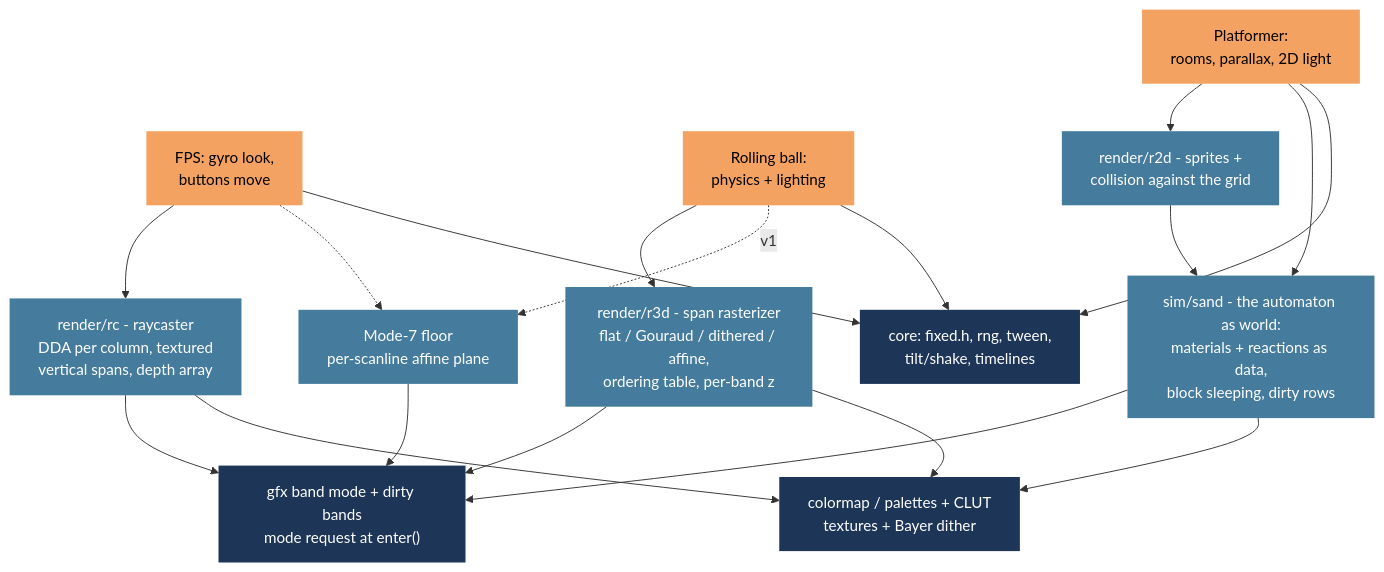
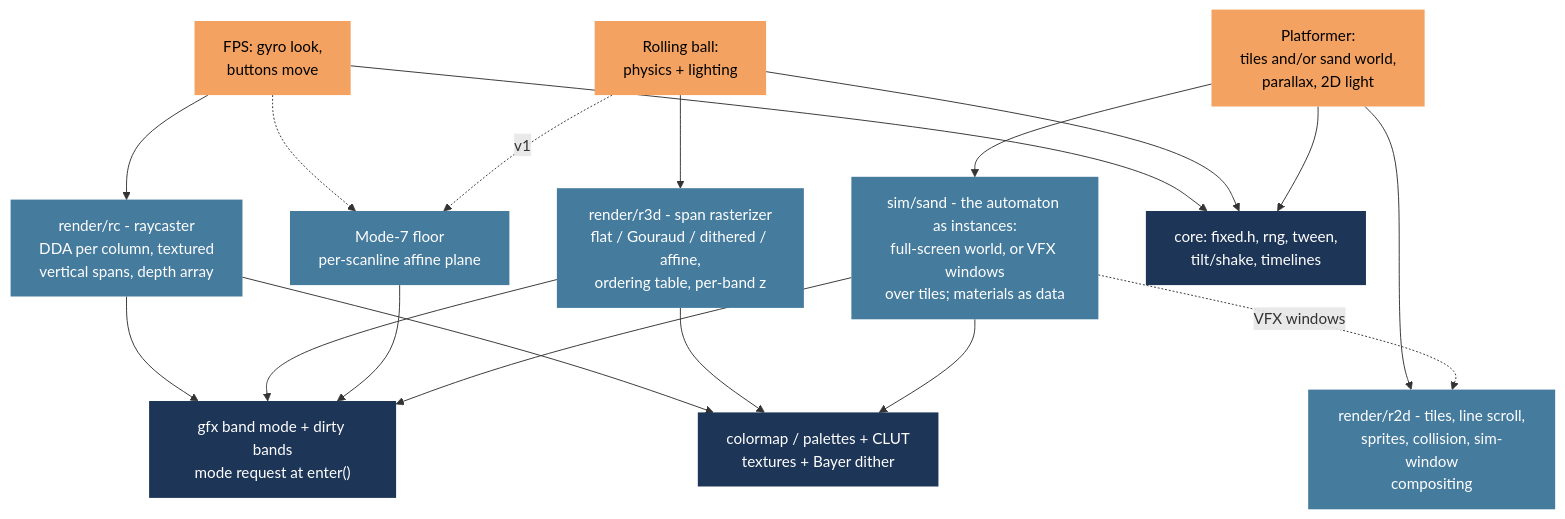
The second of 2 diagrams in docs/Autana-Rendering-Roadmap.md (jose-villegas/esp32-c6-dev), drawn with Mermaid before and after one commit. The commit also changed other lines of this file, not shown here.

First line of the commit message:
Keep both platformer world models, and add the mix

````diff
--- a/docs/Autana-Rendering-Roadmap.md
+++ b/docs/Autana-Rendering-Roadmap.md
@@ -122,38 +125,38 @@
 ```mermaid
 flowchart TB
   classDef game fill:#f4a261,color:#000,stroke:none
   classDef r fill:#457b9d,color:#fff,stroke:none
   classDef core fill:#1d3557,color:#fff,stroke:none
 
   FPS["FPS: gyro look,<br/>buttons move"]:::game
   BALL["Rolling ball:<br/>physics + lighting"]:::game
-  PLAT["Platformer:<br/>rooms, parallax, 2D light"]:::game
+  PLAT["Platformer:<br/>tiles and/or sand world,<br/>parallax, 2D light"]:::game
 
   RC["render/rc - raycaster<br/>DDA per column, textured<br/>vertical spans, depth array"]:::r
   R3D["render/r3d - span rasterizer<br/>flat / Gouraud / dithered / affine,<br/>ordering table, per-band z"]:::r
   M7["Mode-7 floor<br/>per-scanline affine plane"]:::r
-  SPR["render/r2d - sprites +<br/>collision against the grid"]:::r
-  SIM["sim/sand - the automaton as world:<br/>materials + reactions as data,<br/>block sleeping, dirty rows"]:::r
+  SPR["render/r2d - tiles, line scroll,<br/>sprites, collision, sim-window<br/>compositing"]:::r
+  SIM["sim/sand - the automaton as instances:<br/>full-screen world, or VFX windows<br/>over tiles; materials as data"]:::r
 
   GFX["gfx band mode + dirty bands<br/>mode request at enter()"]:::core
   CM["colormap / palettes + CLUT<br/>textures + Bayer dither"]:::core
   FX["core: fixed.h, rng, tween,<br/>tilt/shake, timelines"]:::core
 
   FPS --> RC
   FPS -.-> M7
   BALL --> R3D
   BALL -.->|v1| M7
   PLAT --> SPR
   PLAT --> SIM
-  SPR --> SIM
+  SIM -.->|VFX windows| SPR
   RC --> GFX
   R3D --> GFX
   M7 --> GFX
   SIM --> GFX
   RC --> CM
   R3D --> CM
   SIM --> CM
   FPS --> FX
   BALL --> FX
   PLAT --> FX
 ```
````
